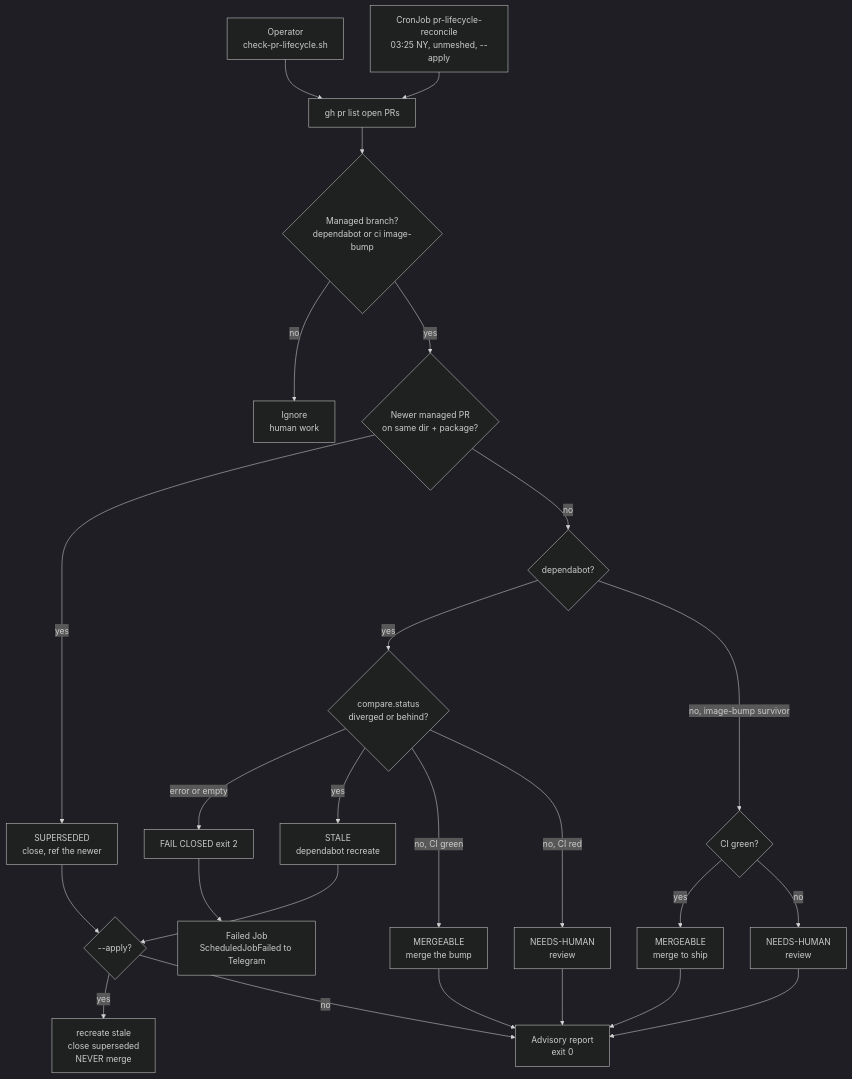
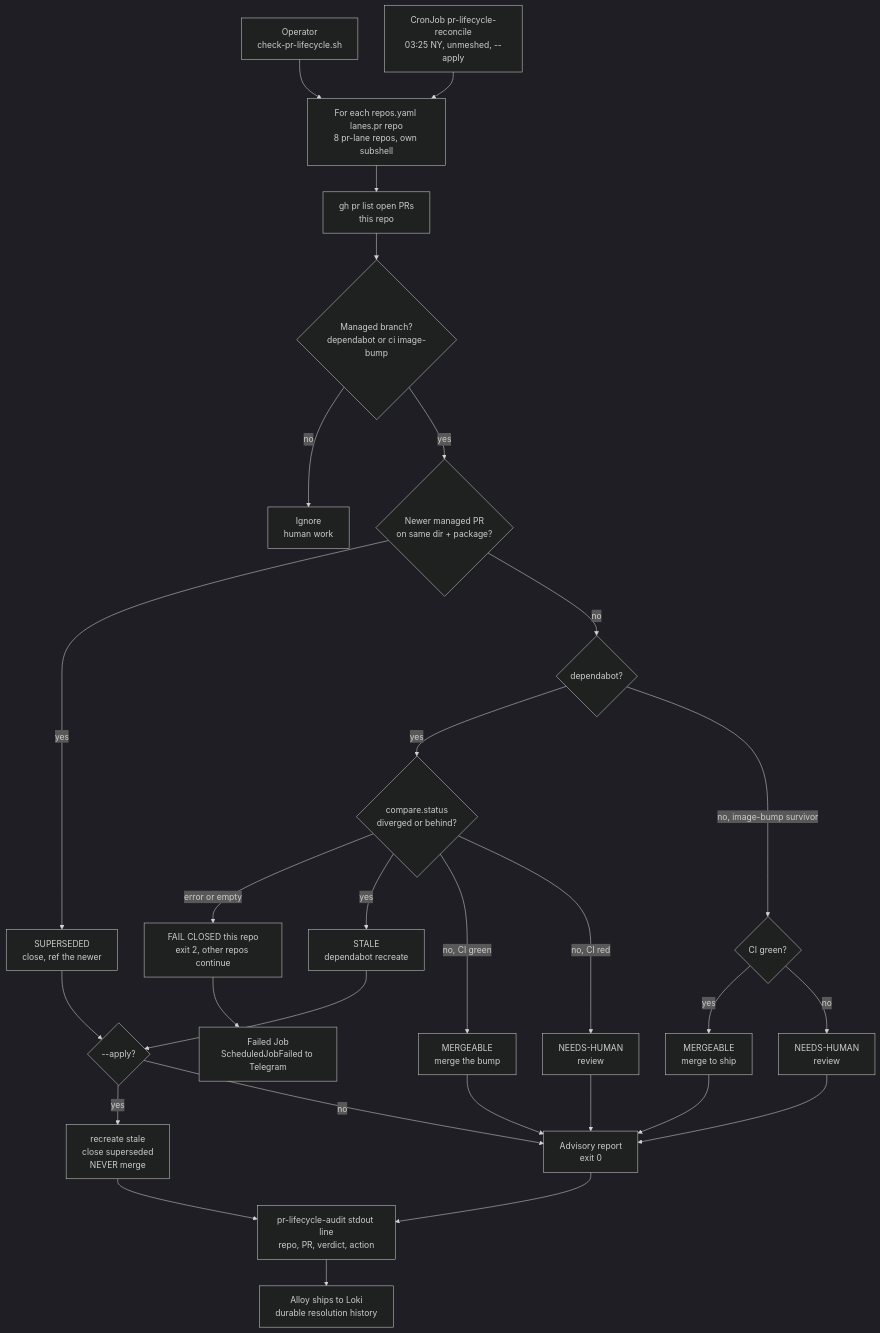
One commit to edtbl76/weyland-lab changed the diagram in docs/diagrams/flow-pr-lifecycle.md. Above: the diagram before and after it, drawn with Mermaid (dark theme). The commit also changed other lines of this file and 4 other files, not shown here.

First line of the commit message:
Extend `pr-lifecycle-reconcile` to cover all `lanes.pr` repositories

````diff
--- a/docs/diagrams/flow-pr-lifecycle.md
+++ b/docs/diagrams/flow-pr-lifecycle.md
@@ -8,33 +8,39 @@
 ```mermaid
 flowchart TD
-    OP[Operator<br/>check-pr-lifecycle.sh] --> LIST
-    CRON[CronJob pr-lifecycle-reconcile<br/>03:25 NY, unmeshed, --apply] --> LIST[gh pr list open PRs]
+    OP[Operator<br/>check-pr-lifecycle.sh] --> REPOS
+    CRON[CronJob pr-lifecycle-reconcile<br/>03:25 NY, unmeshed, --apply] --> REPOS
+
+    REPOS[For each repos.yaml lanes.pr repo<br/>8 pr-lane repos, own subshell] --> LIST[gh pr list open PRs<br/>this repo]
 
     LIST --> MANAGED{Managed branch?<br/>dependabot or ci image-bump}
     MANAGED -->|no| IGNORE[Ignore<br/>human work]
     MANAGED -->|yes| SUP{Newer managed PR<br/>on same dir + package?}
 
     SUP -->|yes| SUPERSEDED[SUPERSEDED<br/>close, ref the newer]
     SUP -->|no| CLASS{dependabot?}
 
     CLASS -->|yes| CMP{compare.status<br/>diverged or behind?}
-    CMP -->|error or empty| FC[FAIL CLOSED exit 2]
+    CMP -->|error or empty| FC[FAIL CLOSED this repo<br/>exit 2, other repos continue]
     CMP -->|yes| STALE[STALE<br/>dependabot recreate]
     CMP -->|no, CI green| MERGE1[MERGEABLE<br/>merge the bump]
     CMP -->|no, CI red| HUMAN1[NEEDS-HUMAN<br/>review]
 
     CLASS -->|no, image-bump survivor| SHIP{CI green?}
     SHIP -->|yes| MERGE2[MERGEABLE<br/>merge to ship]
     SHIP -->|no| HUMAN2[NEEDS-HUMAN<br/>review]
 
     STALE --> APPLY{--apply?}
     SUPERSEDED --> APPLY
     APPLY -->|yes| ACT[recreate stale<br/>close superseded<br/>NEVER merge]
     APPLY -->|no| REPORT[Advisory report<br/>exit 0]
     MERGE1 --> REPORT
     MERGE2 --> REPORT
     HUMAN1 --> REPORT
     HUMAN2 --> REPORT
 
+    ACT --> AUDIT[pr-lifecycle-audit stdout line<br/>repo, PR, verdict, action]
+    REPORT --> AUDIT
+    AUDIT --> LOKI[Alloy ships to Loki<br/>durable resolution history]
+
     FC --> JOBFAIL[Failed Job<br/>ScheduledJobFailed to Telegram]
 ```
````
